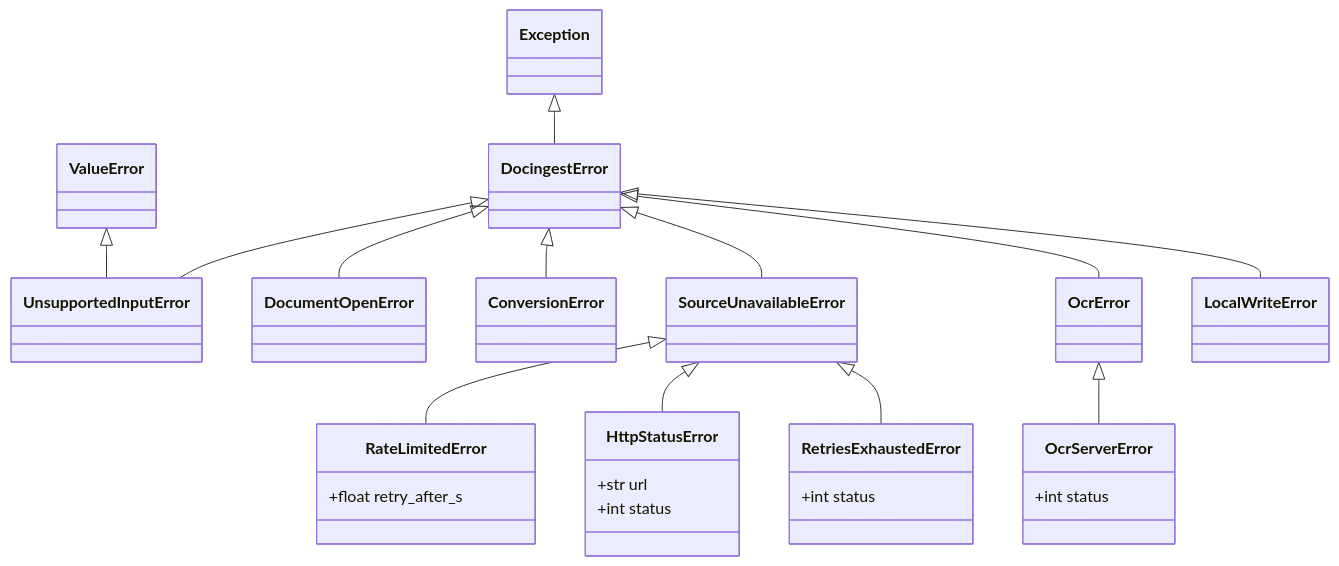
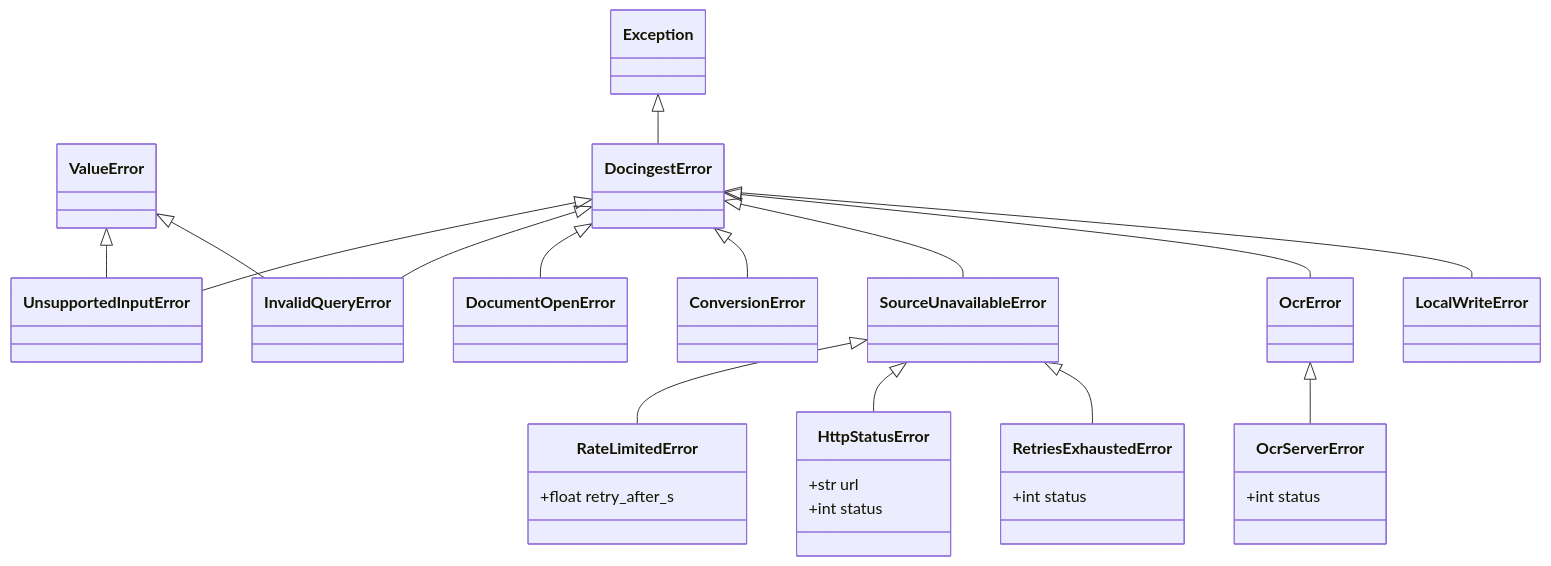
The fourth of 4 diagrams in src/docingest/domain/README.md (etxsA/doc-ingest), drawn with Mermaid before and after one commit. The commit also changed other lines of this file and 12 other files, not shown here.

Commit message:
docs: module READMEs, architecture and contributing guide match the fixes

````diff
--- a/src/docingest/domain/README.md
+++ b/src/docingest/domain/README.md
@@ -535,37 +535,40 @@
 ```mermaid
 classDiagram
     class Exception
     class ValueError
     class DocingestError
     class UnsupportedInputError
+    class InvalidQueryError
     class DocumentOpenError
     class ConversionError
     class SourceUnavailableError
     class RateLimitedError {
         +float retry_after_s
     }
     class OcrError
     class OcrServerError {
         +int status
     }
     class HttpStatusError {
         +str url
         +int status
     }
     class RetriesExhaustedError {
         +int status
     }
     class LocalWriteError
     Exception <|-- DocingestError
     DocingestError <|-- UnsupportedInputError
     ValueError <|-- UnsupportedInputError
+    DocingestError <|-- InvalidQueryError
+    ValueError <|-- InvalidQueryError
     DocingestError <|-- DocumentOpenError
     DocingestError <|-- ConversionError
     DocingestError <|-- SourceUnavailableError
     SourceUnavailableError <|-- RateLimitedError
     DocingestError <|-- OcrError
     OcrError <|-- OcrServerError
     SourceUnavailableError <|-- HttpStatusError
     SourceUnavailableError <|-- RetriesExhaustedError
     DocingestError <|-- LocalWriteError
 ```
````
